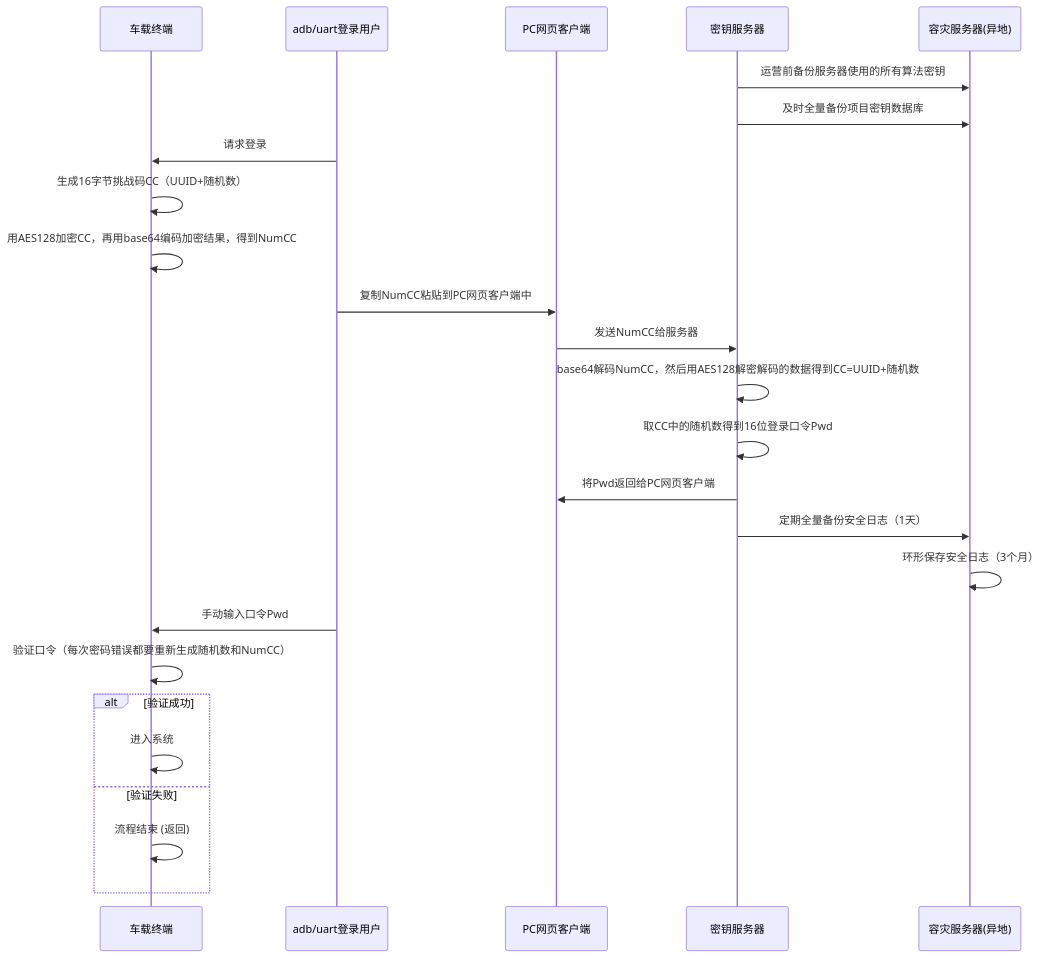
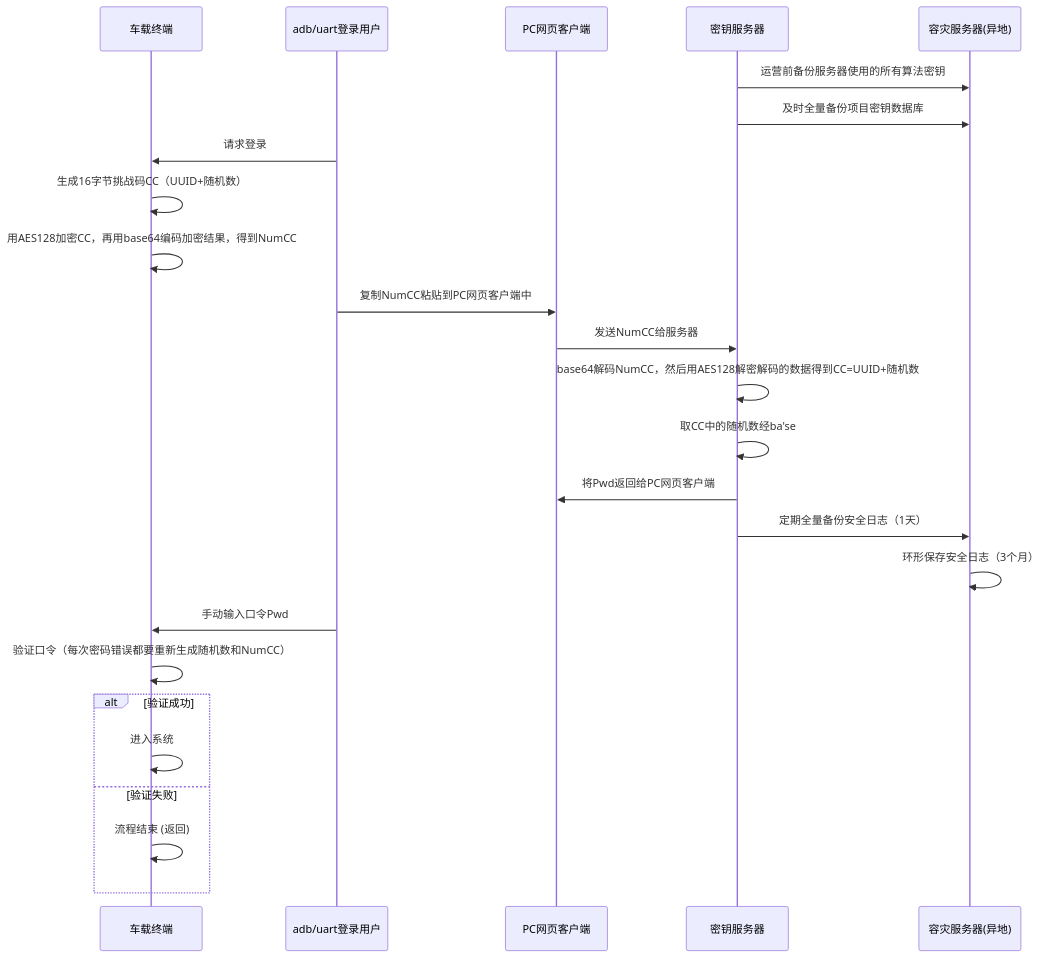
One commit to facebook-cloud/iodraw-files changed the diagram in all/未命名-21.md. Above: the diagram before and after it, drawn with Mermaid.

Commit message:
2026-04-14 13:26:55 update

````diff
--- a/all/未命名-21.md
+++ b/all/未命名-21.md
@@ -1,32 +1,32 @@
 ```mermaid
 sequenceDiagram
     participant tbox as 车载终端
     participant user as adb/uart登录用户
     participant pc as PC网页客户端
     participant tech_center as 密钥服务器
     participant backup as 容灾服务器(异地)
   
     tech_center->>backup: 运营前备份服务器使用的所有算法密钥
     tech_center->>backup: 及时全量备份项目密钥数据库
 
     user->>tbox: 请求登录
     tbox->>tbox: 生成16字节挑战码CC（UUID+随机数）
     tbox->>tbox: 用AES128加密CC，再用base64编码加密结果，得到NumCC
     user->>pc: 复制NumCC粘贴到PC网页客户端中
     pc->>tech_center: 发送NumCC给服务器
     tech_center->>tech_center: base64解码NumCC，然后用AES128解密解码的数据得到CC=UUID+随机数
-    tech_center->>tech_center: 取CC中的随机数得到16位登录口令Pwd
+    tech_center->>tech_center: 取CC中的随机数经ba'se
     tech_center->>pc: 将Pwd返回给PC网页客户端
 
     tech_center->>backup: 定期全量备份安全日志（1天）
     backup->>backup: 环形保存安全日志（3个月）
     user->>tbox: 手动输入口令Pwd
     tbox->>tbox: 验证口令（每次密码错误都要重新生成随机数和NumCC）
     alt 验证成功
         tbox->>tbox: 进入系统
     else 验证失败
         tbox->>tbox: 流程结束 (返回)
     end
 
 
 ```
````
